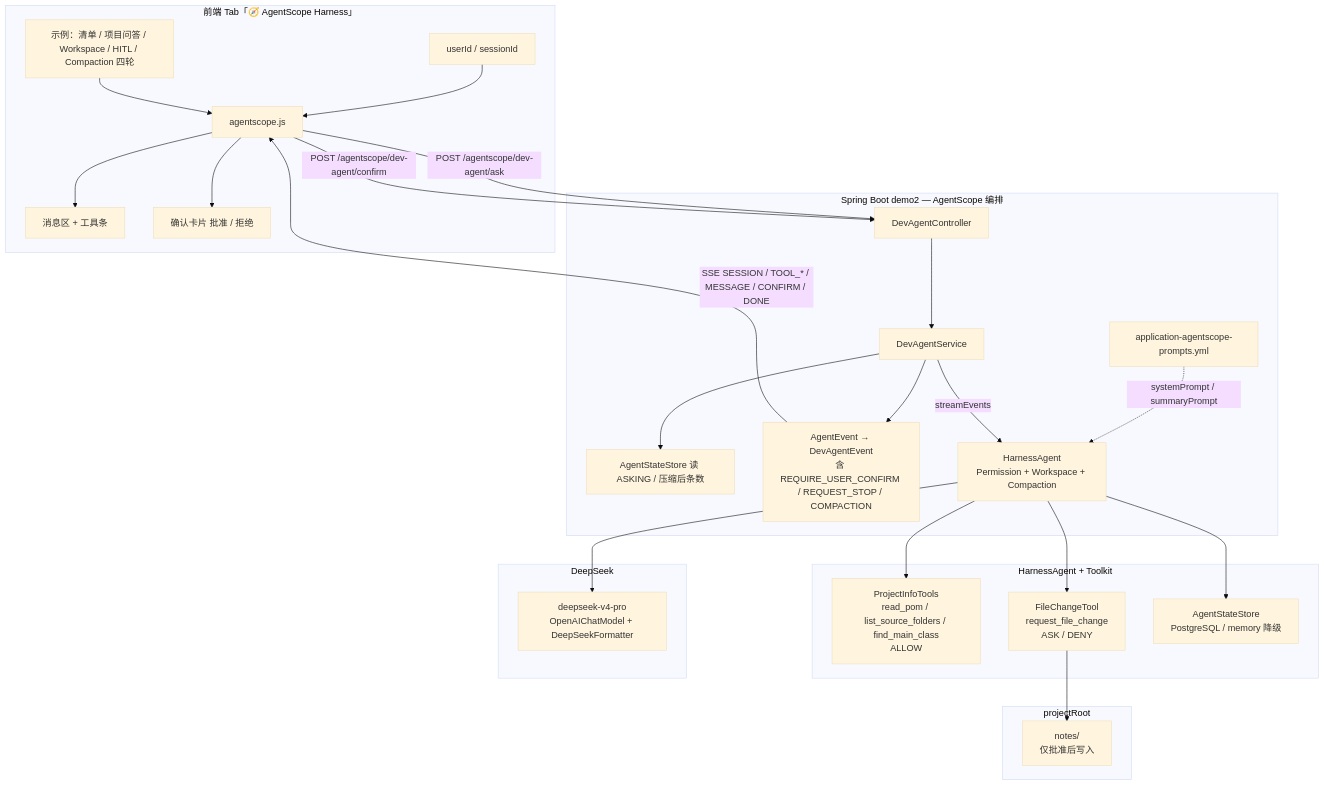
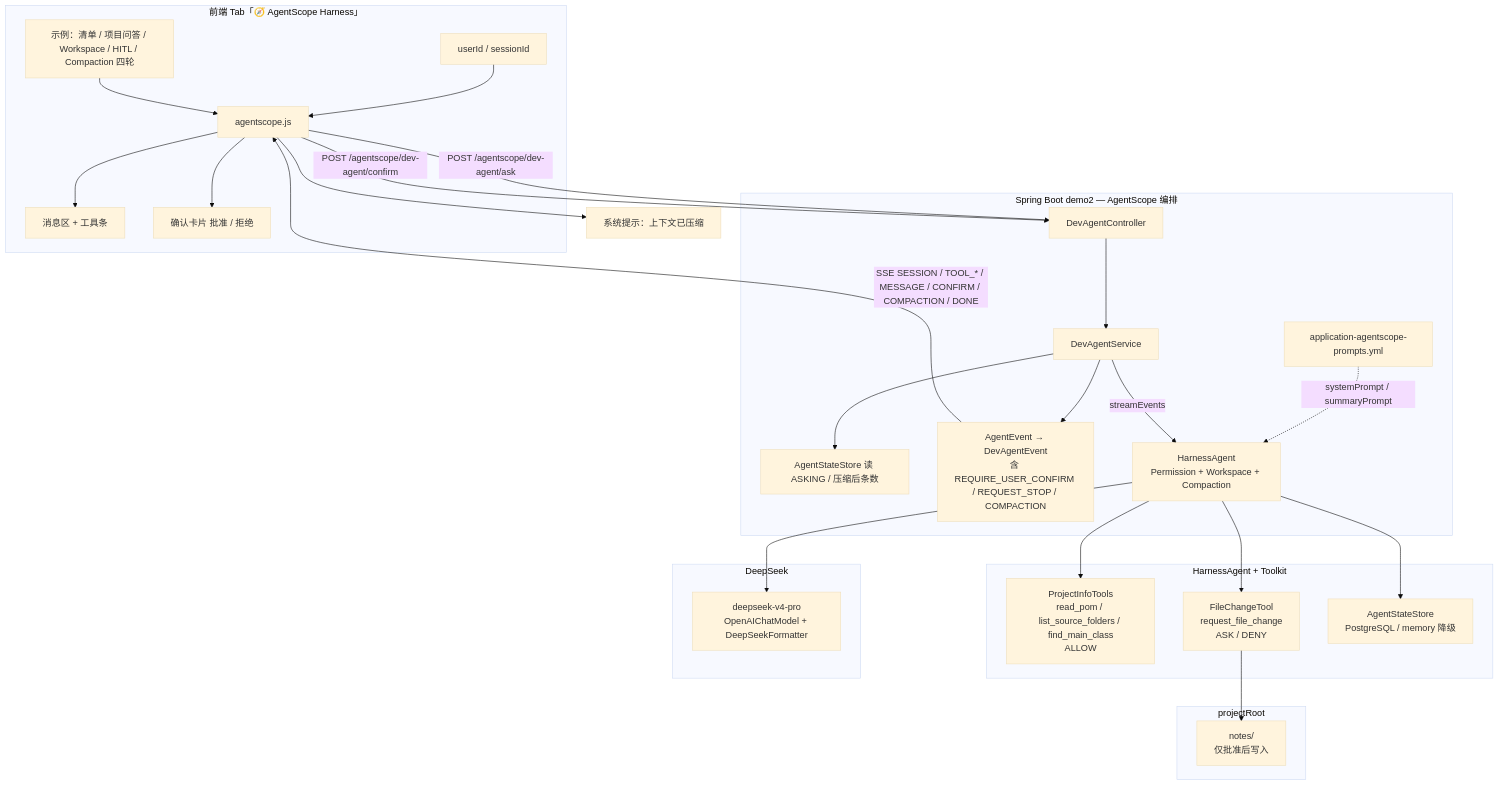
Diagram 29 of 34 in demo2/README.md (jasonsoso/spring-ai-demo), drawn with Mermaid (base theme) before and after one commit. The commit also changed other lines of this file and 1 other file, not shown here.

First line of the commit message:
docs(demo2): add AgentScope Compaction design diagrams

````diff
--- a/demo2/README.md
+++ b/demo2/README.md
@@ -2421,52 +2421,53 @@
 ```mermaid
 flowchart TB
     subgraph 展示层["前端 Tab「🧭 AgentScope Harness」"]
         META[userId / sessionId]
         SAMPLES[示例：清单 / 项目问答 / Workspace / HITL / Compaction 四轮]
         MSG[消息区 + 工具条]
         CARD[确认卡片 批准 / 拒绝]
         META --> UI[agentscope.js]
         SAMPLES --> UI
         UI --> MSG
         UI --> CARD
     end
 
     subgraph 编排层["Spring Boot demo2 — AgentScope 编排"]
         CTRL[DevAgentController]
         SVC[DevAgentService]
         STORE_SVC["AgentStateStore 读 ASKING / 压缩后条数"]
         EVT["AgentEvent → DevAgentEvent<br/>含 REQUIRE_USER_CONFIRM / REQUEST_STOP / COMPACTION"]
         PROMPTS[application-agentscope-prompts.yml]
 
         UI -->|POST /agentscope/dev-agent/ask| CTRL
         UI -->|POST /agentscope/dev-agent/confirm| CTRL
         CTRL --> SVC
         SVC --> STORE_SVC
         SVC --> EVT
         PROMPTS -.->|systemPrompt / summaryPrompt| HA
     end
 
     subgraph 能力层["HarnessAgent + Toolkit"]
         HA[HarnessAgent\nPermission + Workspace + Compaction]
         READ[ProjectInfoTools\nread_pom / list_source_folders / find_main_class\nALLOW]
         WRITE[FileChangeTool\nrequest_file_change\nASK / DENY]
         STORE[AgentStateStore\nPostgreSQL / memory 降级]
 
         HA --> READ
         HA --> WRITE
         HA --> STORE
         SVC -->|streamEvents| HA
     end
 
     subgraph 外部["DeepSeek"]
         DS[deepseek-v4-pro\nOpenAIChatModel + DeepSeekFormatter]
         HA --> DS
     end
 
     subgraph 本地文件["projectRoot"]
         NOTES[notes/\n仅批准后写入]
         WRITE --> NOTES
     end
 
-    EVT -->|SSE SESSION / TOOL_* / MESSAGE / CONFIRM / DONE| UI
+    EVT -->|SSE SESSION / TOOL_* / MESSAGE / CONFIRM / COMPACTION / DONE| UI
+    UI --> SYS[系统提示：上下文已压缩]
 ```
````
